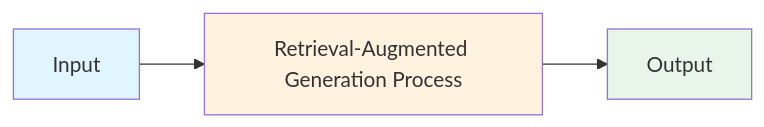
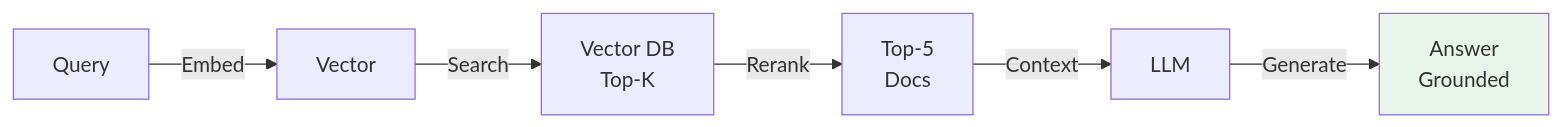
One commit to souradeepta/interviewprep-ai changed the first of 2 diagrams in llm/concepts/retrieval-augmented-generation.md. Above: the diagram before and after it, drawn with Mermaid. The commit also changed other lines of this file and 33 other files, not shown here.

````diff
--- a/llm/concepts/retrieval-augmented-generation.md
+++ b/llm/concepts/retrieval-augmented-generation.md
@@ -47,9 +47,9 @@
 ```mermaid
 graph LR
-    A["Input"] --> B["Retrieval-Augmented Generation Process"]
-    B --> C["Output"]
-
-    style A fill:#e1f5ff
-    style B fill:#fff3e0
-    style C fill:#e8f5e9
+    A["Query"] -->|Embed| B["Vector"]
+    B -->|Search| C["Vector DB<br/>Top-K"]
+    C -->|Rerank| D["Top-5<br/>Docs"]
+    D -->|Context| E["LLM"]
+    E -->|Generate| F["Answer<br/>Grounded"]
+    style F fill:#e8f5e9
 ```
````
